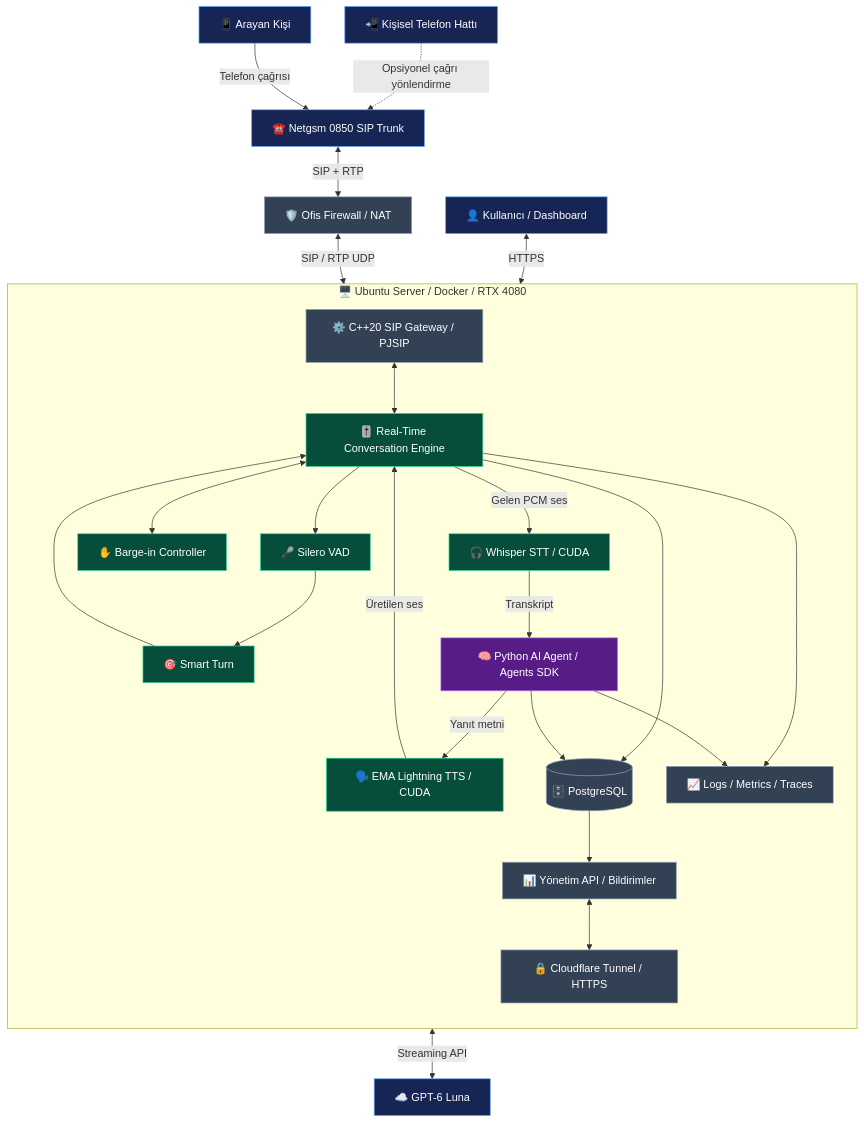
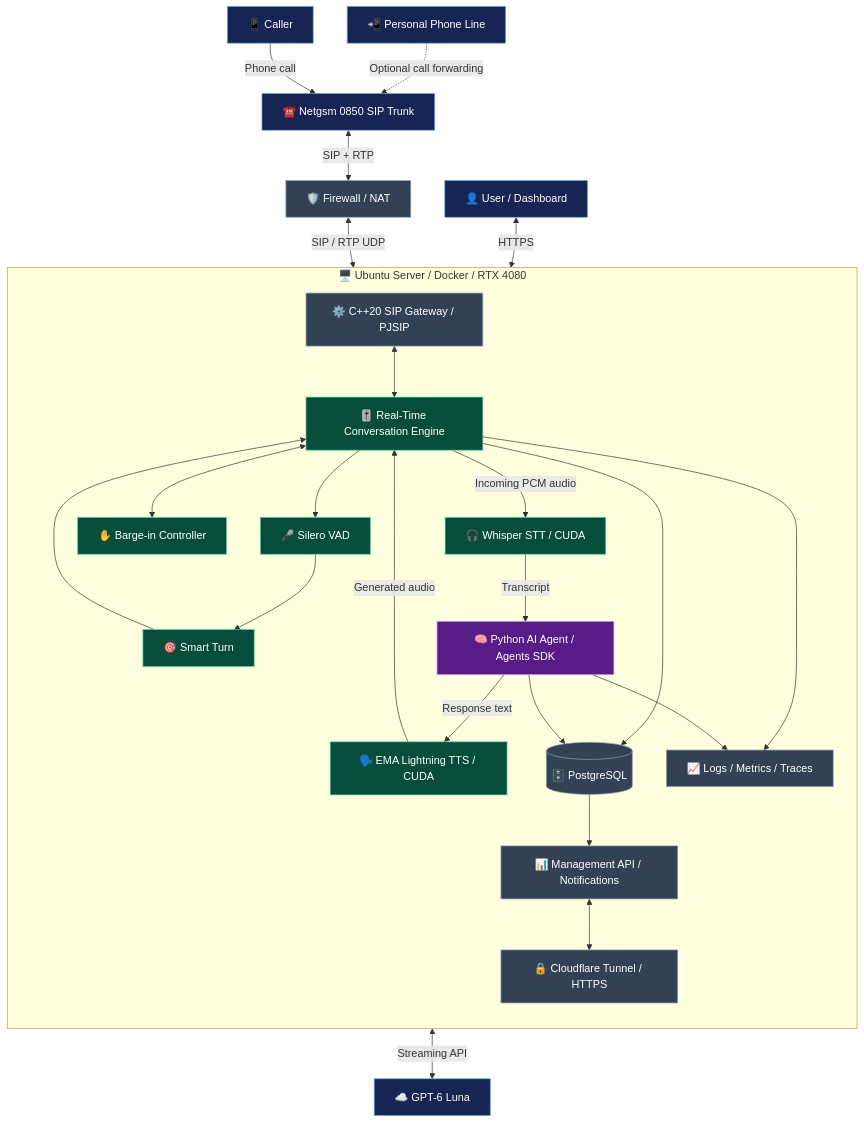
The first of 3 diagrams in README.md (burhancetinkaya/alojan), drawn with Mermaid before and after one commit. The commit also changed other lines of this file, not shown here.

Commit message:
docs: translate README into English and generalize diagram labels

````diff
--- a/README.md
+++ b/README.md
@@ -112,69 +111,69 @@
 ```mermaid
 flowchart TB
-    CALLER["📱 Arayan Kişi"]
-    PHONE["📲 Kişisel Telefon Hattı"]
+    CALLER["📱 Caller"]
+    PHONE["📲 Personal Phone Line"]
     NETGSM["☎️ Netgsm 0850 SIP Trunk"]
-    FIREWALL["🛡️ Ofis Firewall / NAT"]
+    FIREWALL["🛡️ Firewall / NAT"]
 
-    CALLER -->|Telefon çağrısı| NETGSM
-    PHONE -.->|Opsiyonel çağrı yönlendirme| NETGSM
+    CALLER -->|Phone call| NETGSM
+    PHONE -.->|Optional call forwarding| NETGSM
     NETGSM <-->|SIP + RTP| FIREWALL
 
     subgraph SERVER["🖥️ Ubuntu Server / Docker / RTX 4080"]
         direction TB
 
         GATEWAY["⚙️ C++20 SIP Gateway / PJSIP"]
         ENGINE["🎚️ Real-Time Conversation Engine"]
 
         VAD["🎤 Silero VAD"]
         TURN["🎯 Smart Turn"]
         INTERRUPT["✋ Barge-in Controller"]
 
         ASR["🎧 Whisper STT / CUDA"]
         AGENT["🧠 Python AI Agent / Agents SDK"]
         TTS["🗣️ EMA Lightning TTS / CUDA"]
 
         DB[("🗄️ PostgreSQL")]
-        API["📊 Yönetim API / Bildirimler"]
+        API["📊 Management API / Notifications"]
         OBS["📈 Logs / Metrics / Traces"]
         TUNNEL["🔒 Cloudflare Tunnel / HTTPS"]
 
         GATEWAY <--> ENGINE
 
         ENGINE --> VAD
         VAD --> TURN
         TURN --> ENGINE
         ENGINE <--> INTERRUPT
 
-        ENGINE -->|Gelen PCM ses| ASR
-        ASR -->|Transkript| AGENT
-        AGENT -->|Yanıt metni| TTS
-        TTS -->|Üretilen ses| ENGINE
+        ENGINE -->|Incoming PCM audio| ASR
+        ASR -->|Transcript| AGENT
+        AGENT -->|Response text| TTS
+        TTS -->|Generated audio| ENGINE
 
         ENGINE --> DB
         AGENT --> DB
 
         DB --> API
         ENGINE --> OBS
         AGENT --> OBS
 
         API <--> TUNNEL
     end
 
     FIREWALL <-->|SIP / RTP UDP| GATEWAY
 
     AGENT <-->|Streaming API| LLM["☁️ GPT-6 Luna"]
 
-    OWNER["👤 Kullanıcı / Dashboard"]
+    OWNER["👤 User / Dashboard"]
     OWNER <-->|HTTPS| TUNNEL
 
     classDef external fill:#172554,stroke:#60a5fa,color:#ffffff
     classDef compute fill:#064e3b,stroke:#34d399,color:#ffffff
     classDef agent fill:#581c87,stroke:#c084fc,color:#ffffff
     classDef infra fill:#334155,stroke:#94a3b8,color:#ffffff
 
     class CALLER,PHONE,NETGSM,LLM,OWNER external
     class ENGINE,VAD,TURN,INTERRUPT,ASR,TTS compute
     class AGENT agent
     class FIREWALL,GATEWAY,DB,API,OBS,TUNNEL infra
 ```
````
